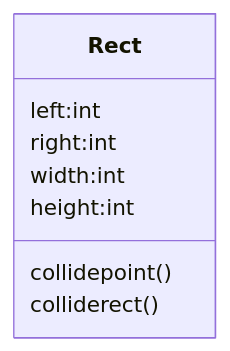
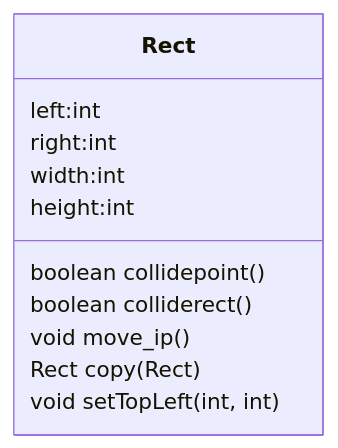
Before and after one commit to jwang1122/java: the second of 2 diagrams in Java-Snake-Game/doc/snake.md, drawn with Mermaid. The commit also changed other lines of this file and 2081 other files, not shown here.

````diff
--- a/Java-Snake-Game/doc/snake.md
+++ b/Java-Snake-Game/doc/snake.md
@@ -21,13 +48,16 @@
 ```mermaid
 classDiagram
 
 class Rect{
     left:int
     right:int
     width:int
     height:int
 
-    collidepoint()
-    colliderect()
+    boolean collidepoint()
+    boolean colliderect()
+    void move_ip()
+    Rect copy(Rect)
+    void setTopLeft(int, int)
 }
 ```
````
